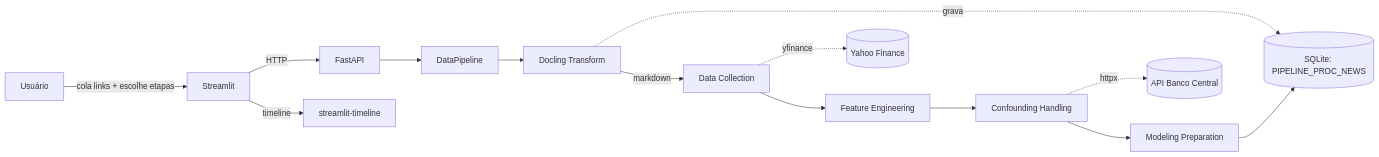
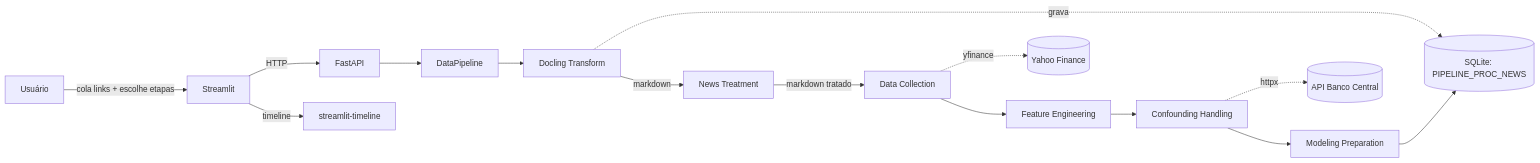
One commit to guilherme-henrique-silva/tcc changed the diagram in README.md. Above: the diagram before and after it, drawn with Mermaid. The commit also changed other lines of this file and 54 other files, not shown here.

````diff
--- a/README.md
+++ b/README.md
@@ -24,16 +30,17 @@
 ```mermaid
 flowchart LR
     U[Usuário] -->|cola links + escolhe etapas| ST[Streamlit]
     ST -->|HTTP| API[FastAPI]
     API --> P[DataPipeline]
     P --> D[Docling Transform]
-    D -->|markdown| C[Data Collection]
+    D -->|markdown| T[News Treatment]
+    T -->|markdown tratado| C[Data Collection]
     C --> F[Feature Engineering]
     F --> CF[Confounding Handling]
     CF --> M[Modeling Preparation]
     D -.grava.-> DB[(SQLite: PIPELINE_PROC_NEWS)]
     CF -.->|httpx| BCB[(API Banco Central)]
     C -.->|yfinance| YF[(Yahoo Finance)]
     M --> DB
     ST -->|timeline| TL[streamlit-timeline]
 ```
````
